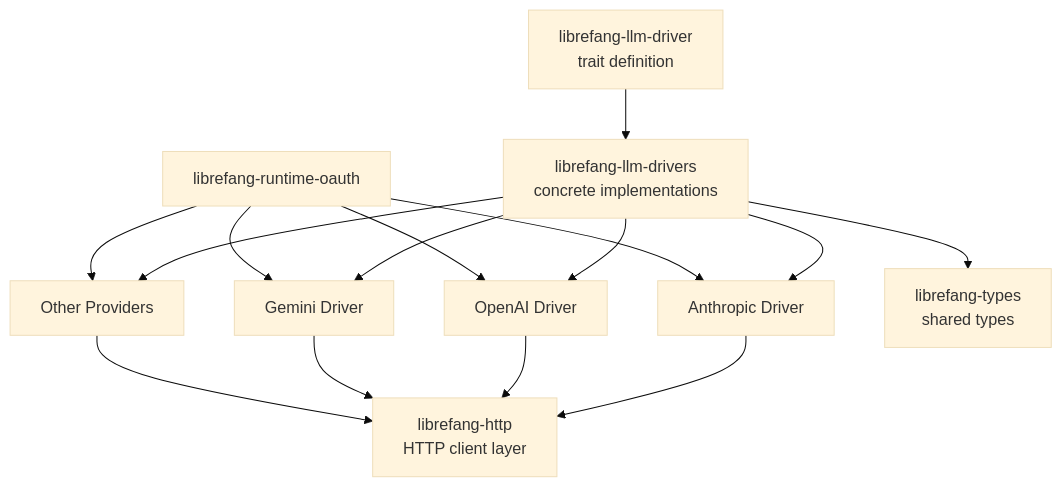
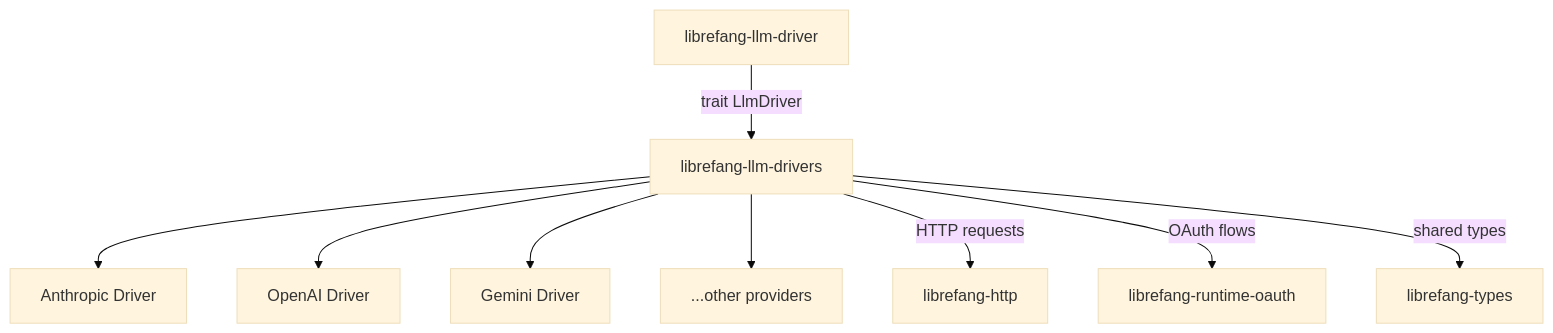
The diagram in other-librefang-llm-drivers.md (leszek3737/librefang-WIki), drawn with Mermaid (base theme) before and after one commit. The commit also changed other lines of this file and 94 other files, not shown here.

````diff
--- a/other-librefang-llm-drivers.md
+++ b/other-librefang-llm-drivers.md
@@ -13,11 +9,11 @@
 ```mermaid
 graph TD
-    A[librefang-llm-driver<br/>trait definition] --> B[librefang-llm-drivers<br/>concrete implementations]
+    A[librefang-llm-driver] -->|trait LlmDriver| B[librefang-llm-drivers]
     B --> C[Anthropic Driver]
     B --> D[OpenAI Driver]
     B --> E[Gemini Driver]
-    B --> F[Other Providers]
-    C & D & E & F --> G[librefang-http<br/>HTTP client layer]
-    H[librefang-runtime-oauth] --> C & D & E & F
-    B --> I[librefang-types<br/>shared types]
+    B --> F[...other providers]
+    B -->|HTTP requests| G[librefang-http]
+    B -->|OAuth flows| H[librefang-runtime-oauth]
+    B -->|shared types| I[librefang-types]
 ```
````
